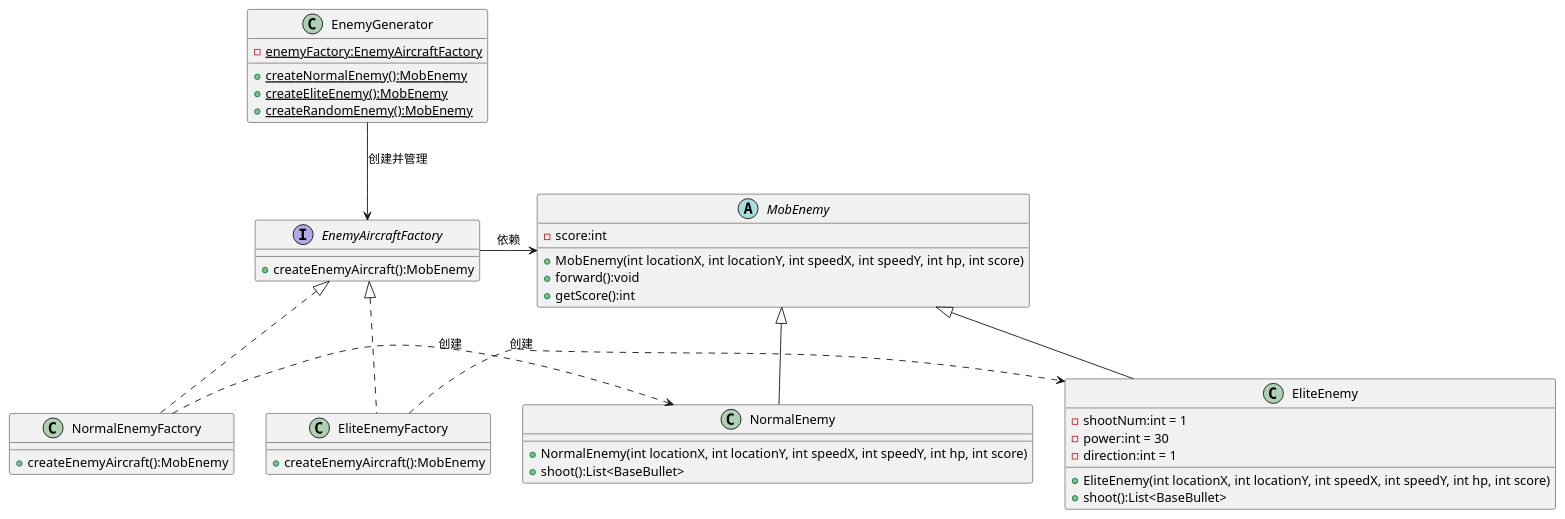
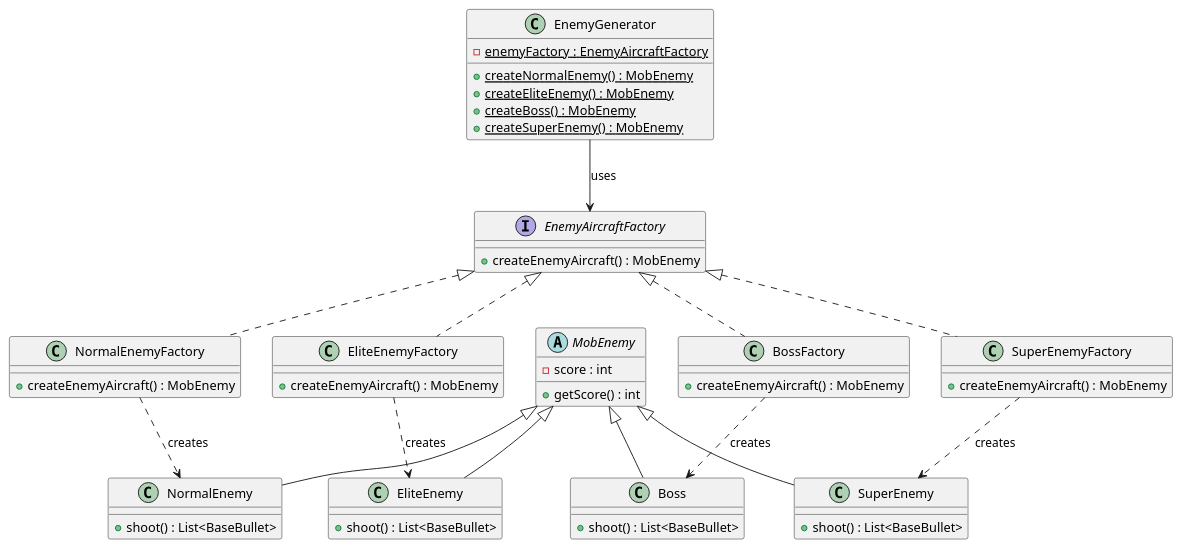
Before and after one commit to Mercury-0510/Software25Lab: the diagram in uml/lab2_factoryenemy.puml, drawn with PlantUML. The commit also changed 16 other files, not shown here.

```diff
--- a/uml/lab2_factoryenemy.puml
+++ b/uml/lab2_factoryenemy.puml
@@ -1,57 +1,69 @@
-@startuml
-'https://plantuml.com/class-diagram
+@startuml factoryenemy
+
+interface EnemyAircraftFactory {
+    + createEnemyAircraft() : MobEnemy
+}
+
+class NormalEnemyFactory {
+    + createEnemyAircraft() : MobEnemy
+}
+
+class EliteEnemyFactory {
+    + createEnemyAircraft() : MobEnemy
+}
+
+class BossFactory {
+    + createEnemyAircraft() : MobEnemy
+}
+
+class SuperEnemyFactory {
+    + createEnemyAircraft() : MobEnemy
+}
 
 abstract class MobEnemy {
-    - score:int
-    
-    + MobEnemy(int locationX, int locationY, int speedX, int speedY, int hp, int score)
-    + forward():void
-    + getScore():int
+    - score : int
+    + getScore() : int
 }
 
 class NormalEnemy {
-    + NormalEnemy(int locationX, int locationY, int speedX, int speedY, int hp, int score)
-    + shoot():List<BaseBullet>
+    + shoot() : List<BaseBullet>
 }
 
 class EliteEnemy {
-    - shootNum:int = 1
-    - power:int = 30
-    - direction:int = 1
-    
-    + EliteEnemy(int locationX, int locationY, int speedX, int speedY, int hp, int score)
-    + shoot():List<BaseBullet>
+    + shoot() : List<BaseBullet>
 }
 
-interface EnemyAircraftFactory {
-    + createEnemyAircraft():MobEnemy
+class Boss {
+    + shoot() : List<BaseBullet>
 }
 
-class NormalEnemyFactory {
-    + createEnemyAircraft():MobEnemy
-}
-
-class EliteEnemyFactory {
-    + createEnemyAircraft():MobEnemy
+class SuperEnemy {
+    + shoot() : List<BaseBullet>
 }
 
 class EnemyGenerator {
-    - {static} enemyFactory:EnemyAircraftFactory
-    
-    + {static} createNormalEnemy():MobEnemy
-    + {static} createEliteEnemy():MobEnemy
-    + {static} createRandomEnemy():MobEnemy
+    - {static} enemyFactory : EnemyAircraftFactory
+    + {static} createNormalEnemy() : MobEnemy
+    + {static} createEliteEnemy() : MobEnemy
+    + {static} createBoss() : MobEnemy
+    + {static} createSuperEnemy() : MobEnemy
 }
+
+EnemyAircraftFactory <|.. NormalEnemyFactory
+EnemyAircraftFactory <|.. EliteEnemyFactory
+EnemyAircraftFactory <|.. BossFactory
+EnemyAircraftFactory <|.. SuperEnemyFactory
+
+EnemyGenerator --> EnemyAircraftFactory : uses
 
 MobEnemy <|-- NormalEnemy
 MobEnemy <|-- EliteEnemy
+MobEnemy <|-- Boss
+MobEnemy <|-- SuperEnemy
 
-EnemyAircraftFactory <|.. NormalEnemyFactory
-EnemyAircraftFactory <|.. EliteEnemyFactory
-EnemyGenerator --> EnemyAircraftFactory : 创建并管理
-EnemyAircraftFactory -right-> MobEnemy : 依赖
-
-NormalEnemyFactory .right.> NormalEnemy : 创建
-EliteEnemyFactory .right.> EliteEnemy : 创建
+NormalEnemyFactory ..> NormalEnemy : creates
+EliteEnemyFactory ..> EliteEnemy : creates
+BossFactory ..> Boss : creates
+SuperEnemyFactory ..> SuperEnemy : creates
 
 @enduml
```
